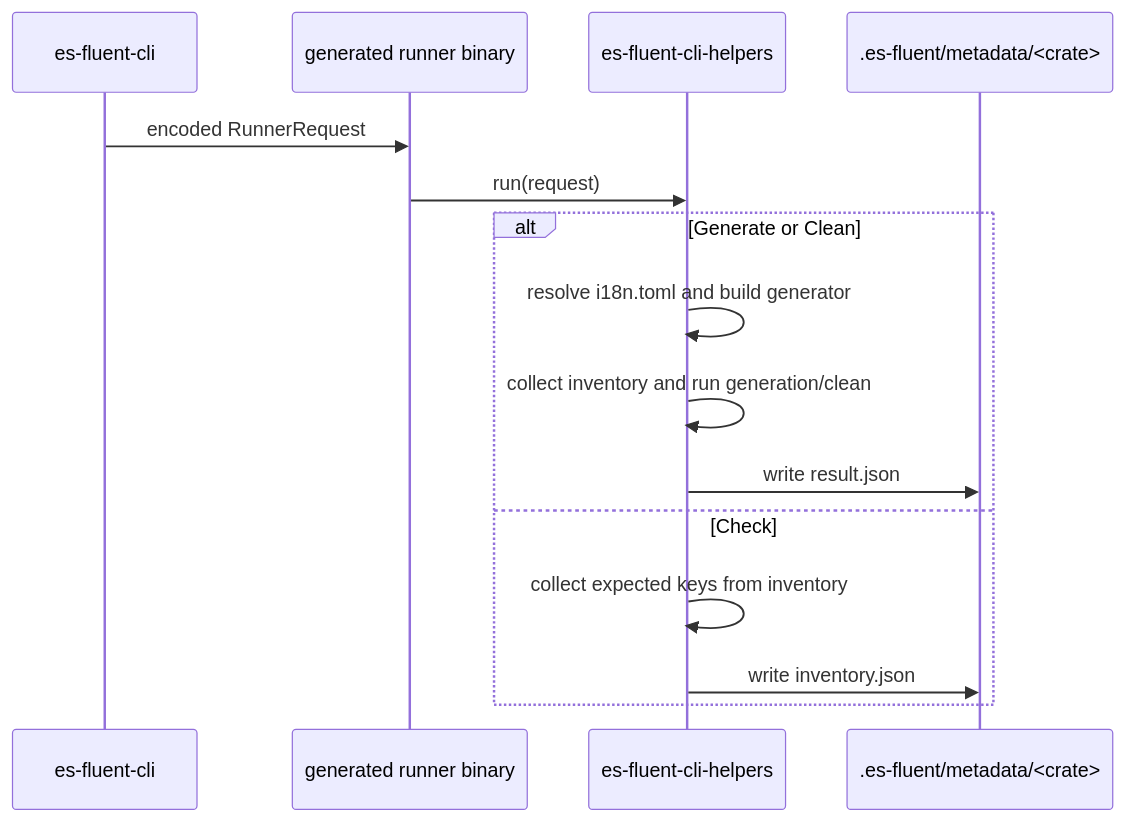
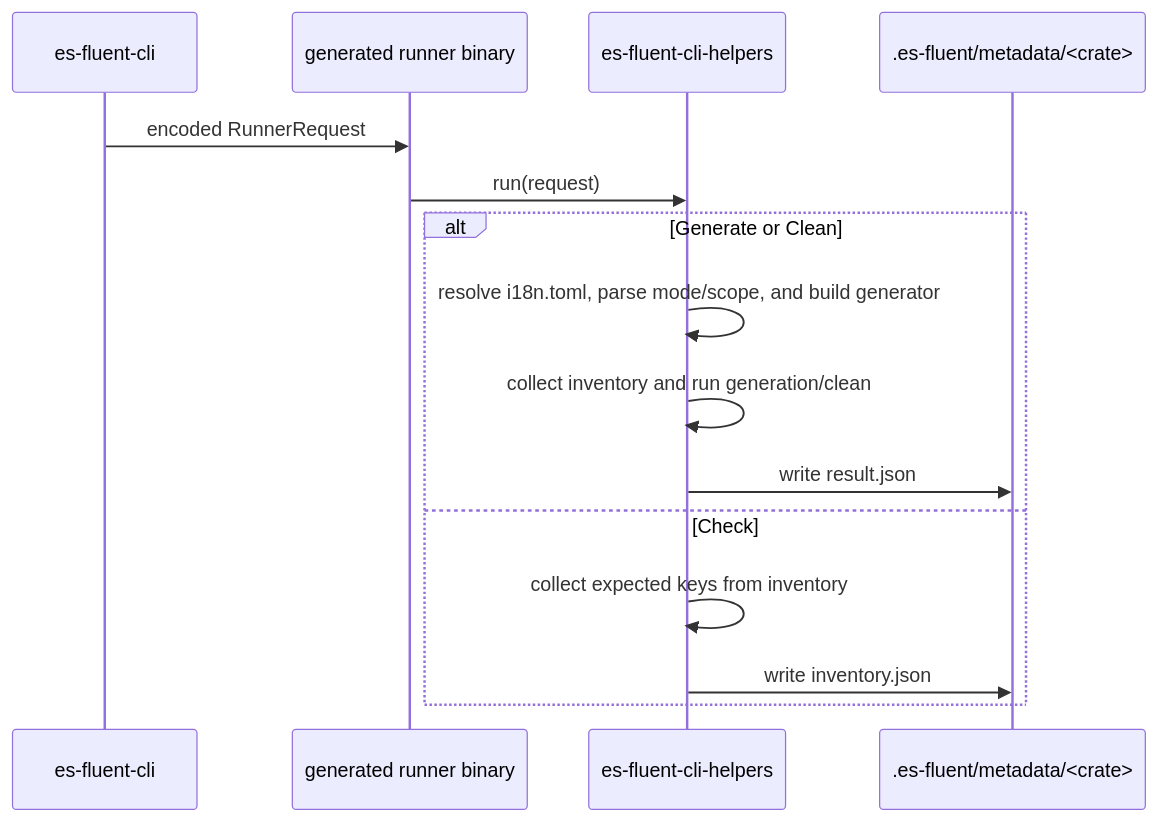
The second of 2 diagrams in crates/es-fluent-cli-helpers/docs/ARCHITECTURE.md (stayhydated/es-fluent), drawn with Mermaid before and after one commit. The commit also changed other lines of this file and 29 other files, not shown here.

````diff
--- a/crates/es-fluent-cli-helpers/docs/ARCHITECTURE.md
+++ b/crates/es-fluent-cli-helpers/docs/ARCHITECTURE.md
@@ -61,19 +61,19 @@
 ```mermaid
 sequenceDiagram
     participant CLI as es-fluent-cli
     participant Runner as generated runner binary
     participant Helpers as es-fluent-cli-helpers
     participant Meta as .es-fluent/metadata/<crate>
 
     CLI->>Runner: encoded RunnerRequest
     Runner->>Helpers: run(request)
 
     alt Generate or Clean
-        Helpers->>Helpers: resolve i18n.toml and build generator
+        Helpers->>Helpers: resolve i18n.toml, parse mode/scope, and build generator
         Helpers->>Helpers: collect inventory and run generation/clean
         Helpers->>Meta: write result.json
     else Check
         Helpers->>Helpers: collect expected keys from inventory
         Helpers->>Meta: write inventory.json
     end
 ```
````
